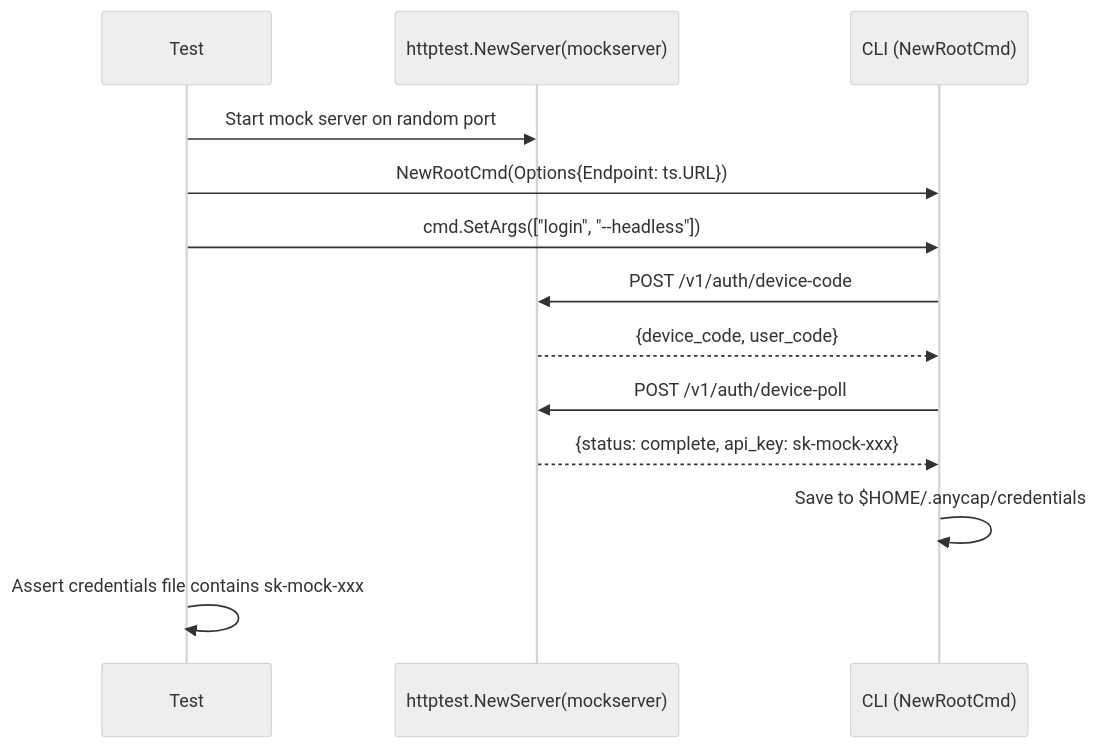
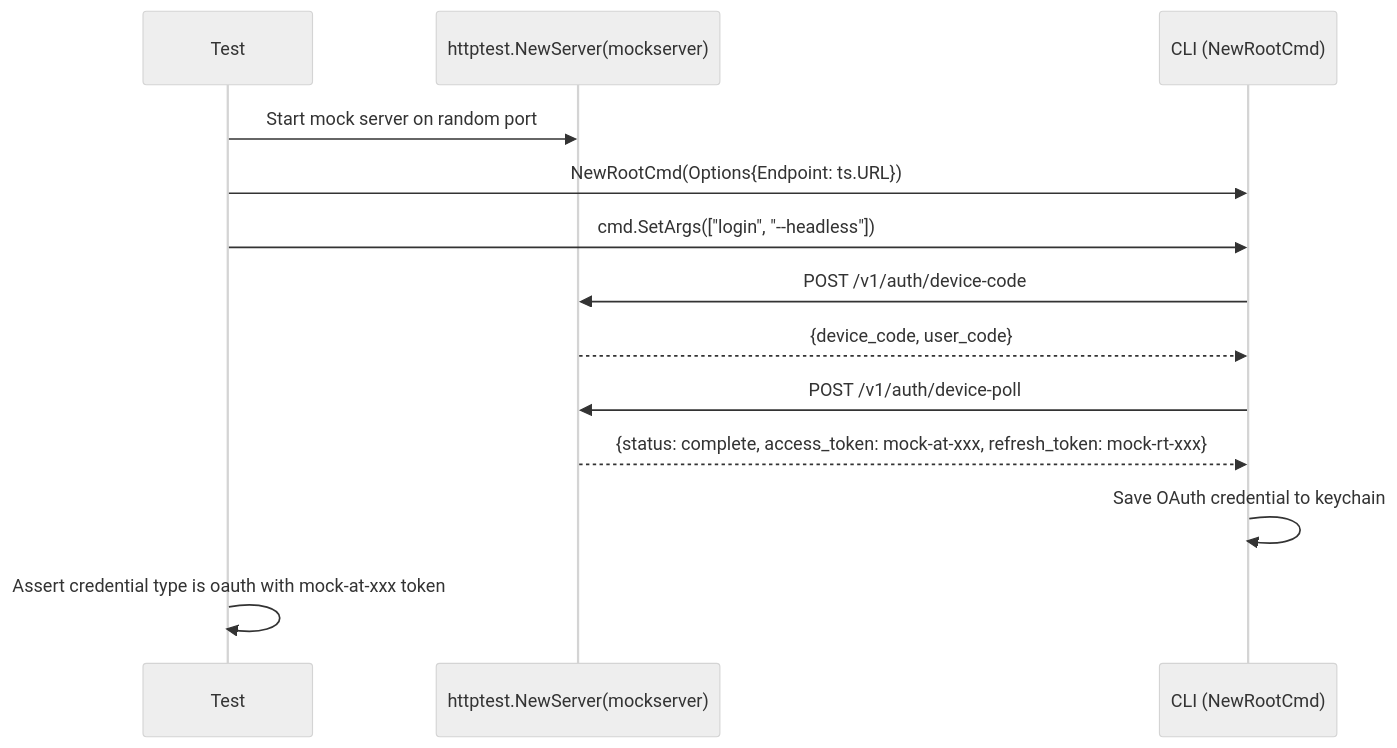
Before and after one commit to anycap-ai/anycap: the sixth of 6 diagrams in docs/cli/spec/oauth.md, drawn with Mermaid (neutral theme). The commit also changed other lines of this file and 46 other files, not shown here.

First line of the commit message:
feat(cli): OAuth credential system, config commands, and upload hardening

````diff
--- a/docs/cli/spec/oauth.md
+++ b/docs/cli/spec/oauth.md
@@ -411,16 +541,16 @@
 ```mermaid
 sequenceDiagram
     participant T as Test
     participant M as httptest.NewServer(mockserver)
     participant C as CLI (NewRootCmd)
 
     T->>M: Start mock server on random port
     T->>C: NewRootCmd(Options{Endpoint: ts.URL})
     T->>C: cmd.SetArgs(["login", "--headless"])
     C->>M: POST /v1/auth/device-code
     M-->>C: {device_code, user_code}
     C->>M: POST /v1/auth/device-poll
-    M-->>C: {status: complete, api_key: sk-mock-xxx}
-    C->>C: Save to $HOME/.anycap/credentials
-    T->>T: Assert credentials file contains sk-mock-xxx
+    M-->>C: {status: complete, access_token: mock-at-xxx, refresh_token: mock-rt-xxx}
+    C->>C: Save OAuth credential to keychain
+    T->>T: Assert credential type is oauth with mock-at-xxx token
 ```
````
